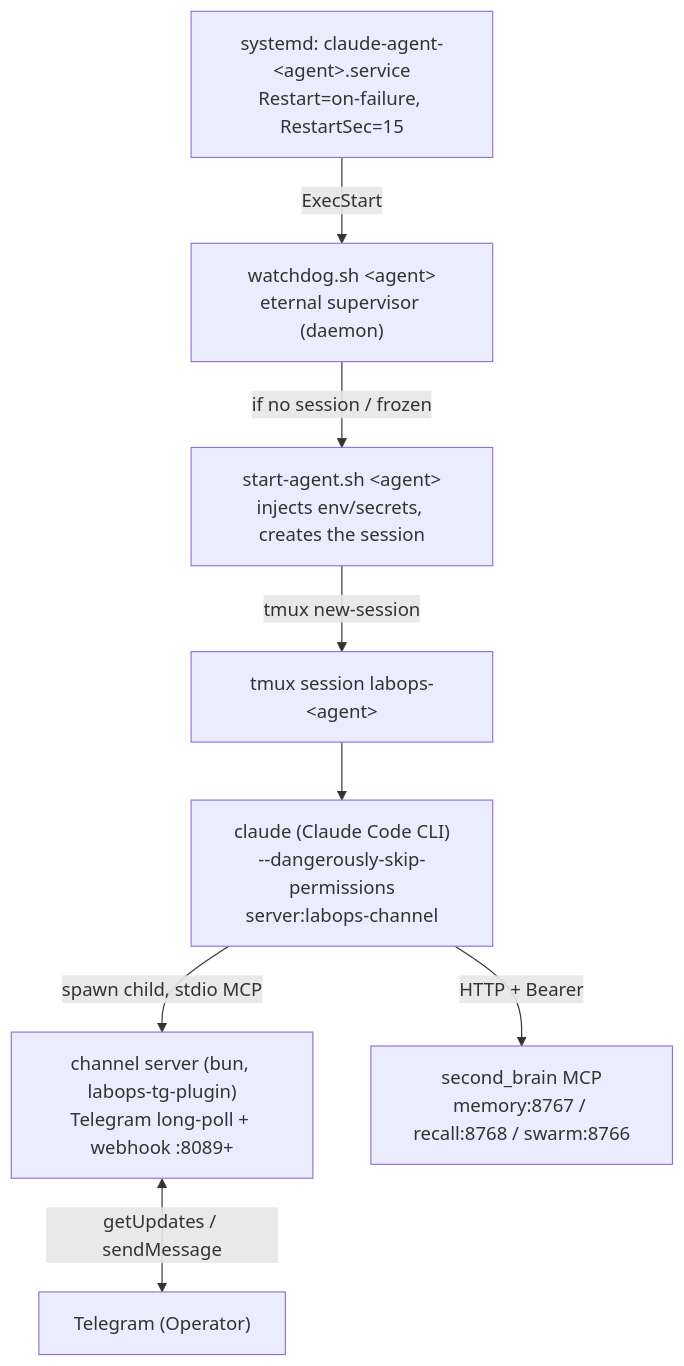
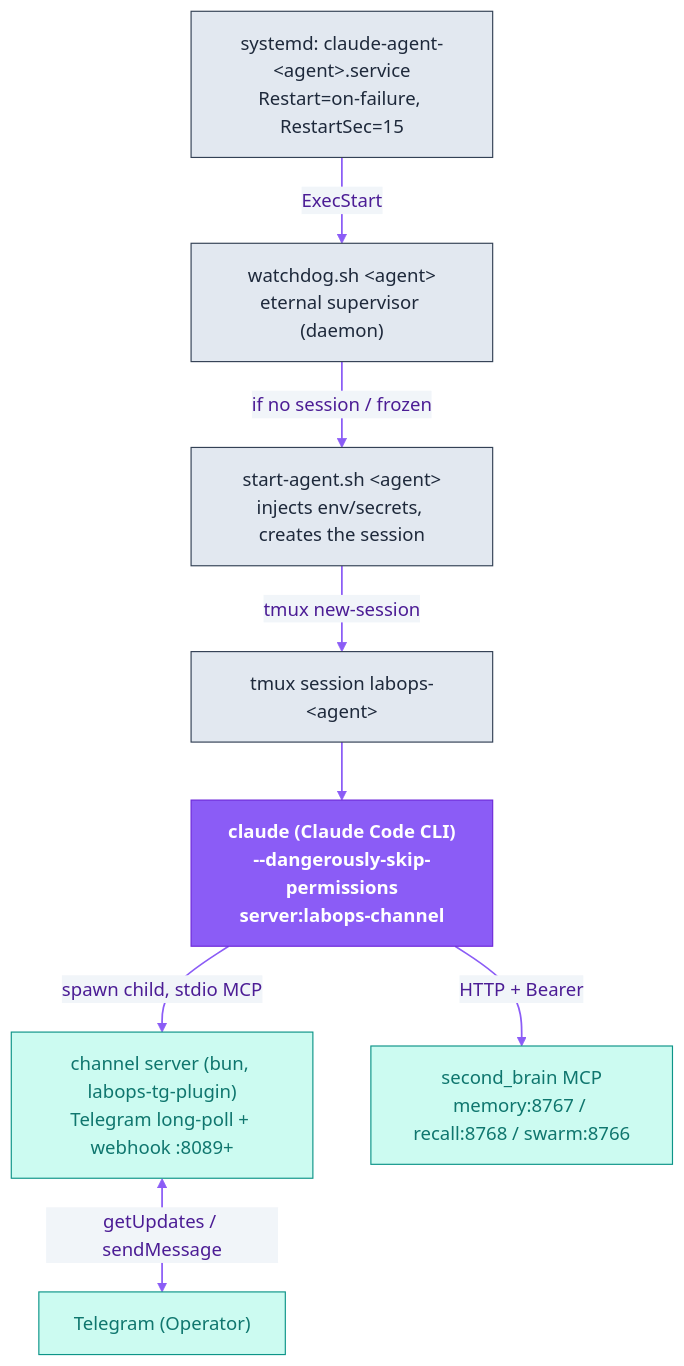
Before and after one commit to dediukhinpa/labops-agent-architecture: the second of 4 diagrams in README.md, drawn with Mermaid. The commit also changed other lines of this file and 1 other file, not shown here.

First line of the commit message:
docs: brand-styled diagrams + GitHub alert callouts (EN+RU)

````diff
--- a/README.md
+++ b/README.md
@@ -125,18 +137,27 @@
 ```mermaid
+%%{init: {'theme':'base','themeVariables':{'primaryColor':'#EDE9FE','primaryTextColor':'#4C1D95','primaryBorderColor':'#8B5CF6','lineColor':'#8B5CF6','secondaryColor':'#F1F5F9','tertiaryColor':'#ffffff','fontFamily':'Helvetica,Arial,sans-serif'}}}%%
 flowchart TD
   SD["systemd: claude-agent-&lt;agent&gt;.service<br/>Restart=on-failure, RestartSec=15"]
   WD["watchdog.sh &lt;agent&gt;<br/>eternal supervisor (daemon)"]
   SA["start-agent.sh &lt;agent&gt;<br/>injects env/secrets, creates the session"]
   TM["tmux session labops-&lt;agent&gt;"]
   CC["claude (Claude Code CLI)<br/>--dangerously-skip-permissions<br/>server:labops-channel"]
   BUN["channel server (bun, labops-tg-plugin)<br/>Telegram long-poll + webhook :8089+"]
   SB["second_brain MCP<br/>memory:8767 / recall:8768 / swarm:8766"]
 
   SD -->|ExecStart| WD
   WD -->|if no session / frozen| SA
   SA -->|tmux new-session| TM
   TM --> CC
   CC -->|spawn child, stdio MCP| BUN
   CC -->|HTTP + Bearer| SB
   BUN <-->|getUpdates / sendMessage| TG["Telegram (Operator)"]
+  classDef brand fill:#8B5CF6,stroke:#6D28D9,color:#ffffff,font-weight:bold
+  classDef ext fill:#CCFBF1,stroke:#0D9488,color:#0F766E
+  classDef store fill:#FEF3C7,stroke:#D97706,color:#92400E
+  classDef sys fill:#E2E8F0,stroke:#334155,color:#1E293B
+  linkStyle default stroke:#8B5CF6,stroke-width:1.5px
+  class CC brand
+  class SD,WD,SA,TM sys
+  class BUN,SB,TG ext
 ```
````
